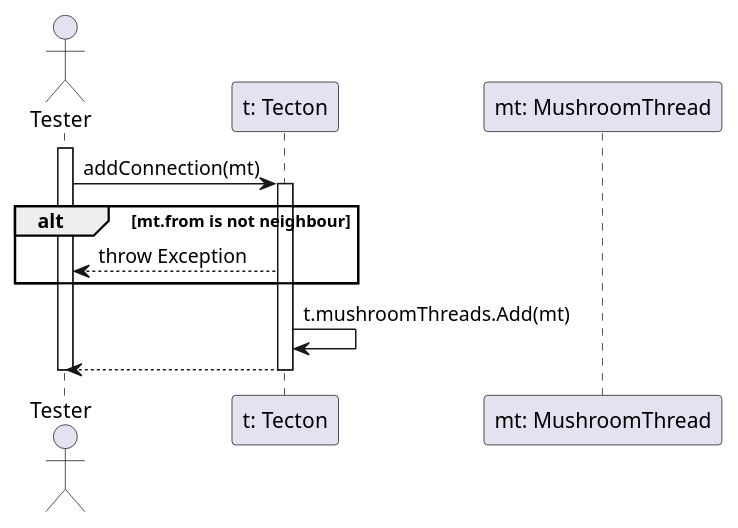
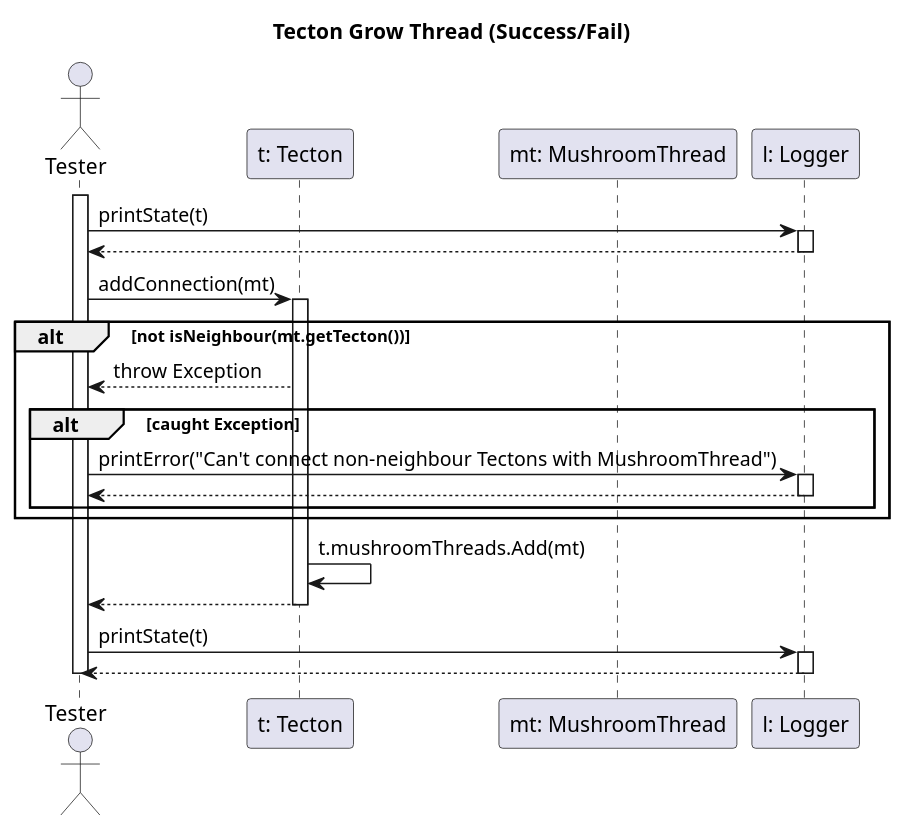
One commit to dzsem/projlab changed the diagram in diagrams/test-sequence/tectonGrowThread.puml. Above: the diagram before and after it, drawn with PlantUML.

```diff
--- a/diagrams/test-sequence/tectonGrowThread.puml
+++ b/diagrams/test-sequence/tectonGrowThread.puml
@@ -1,22 +1,42 @@
 @startuml tectonGrowThreadTest
+
+title Tecton Grow Thread (Success/Fail)
 
 actor "Tester" as tst
 participant "t: Tecton" as t
 participant "mt: MushroomThread" as mt
+participant "l: Logger" as l
 
 activate tst
+
+tst -> l: printState(t)
+activate l
+tst <-- l
+deactivate l
 
 tst -> t: addConnection(mt)
 activate t
 
-alt mt.from is not neighbour 
+alt not isNeighbour(mt.getTecton())
     tst <-- t: throw Exception
+
+    alt caught Exception
+        tst -> l: printError("Can't connect non-neighbour Tectons with MushroomThread")
+        activate l
+        tst <-- l
+        deactivate l    
+    end
 end
 
 t -> t: t.mushroomThreads.Add(mt)
 tst <-- t
 deactivate t
 
+tst -> l: printState(t)
+activate l
+tst <-- l
+deactivate l
+
 deactivate tst
 
 @enduml
```
